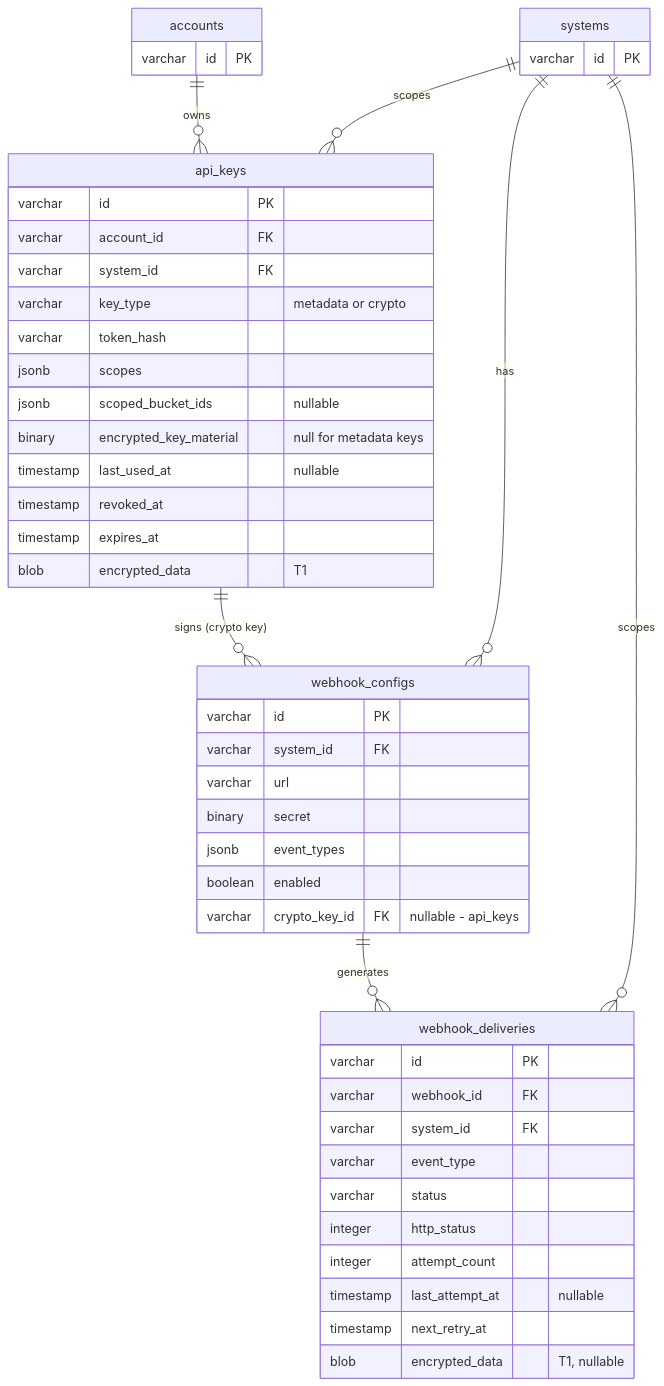
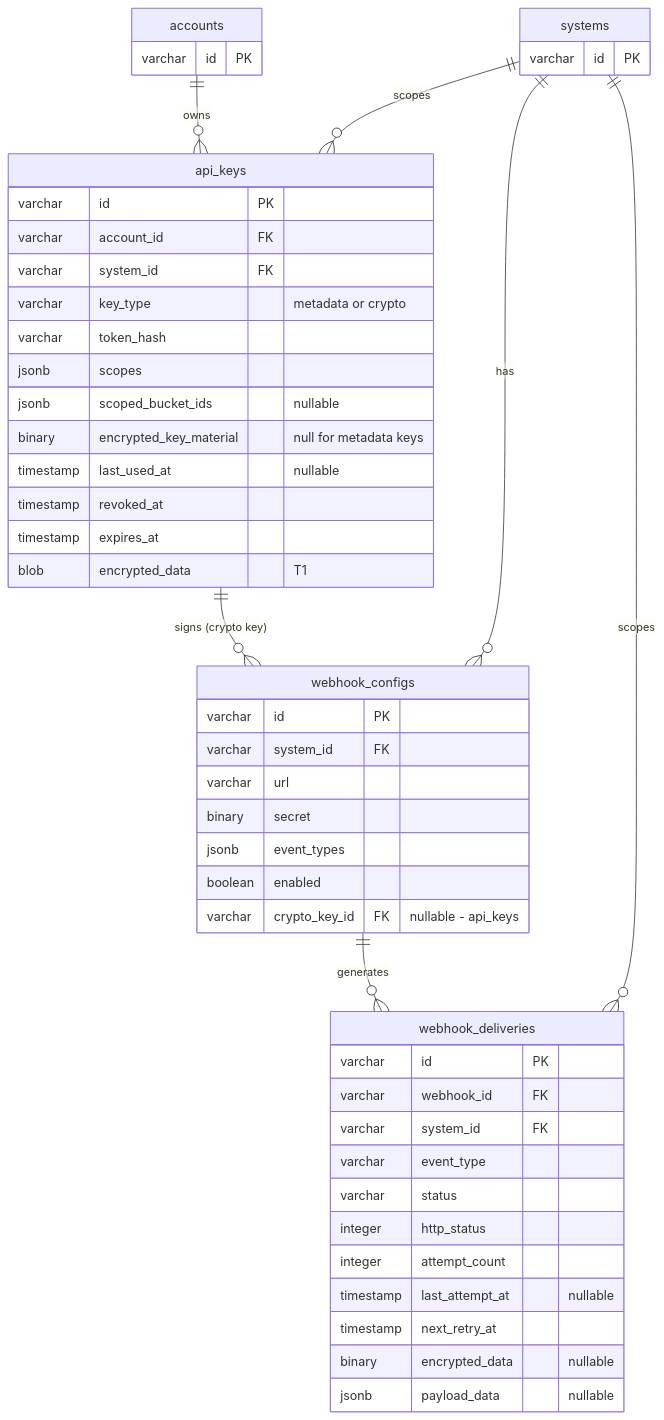
Before and after one commit to ThePrismSystem/pluralscape-mono: diagram 18 of 22 in docs/database-schema.md, drawn with Mermaid. The commit also changed other lines of this file and 25 other files, not shown here.

````diff
--- a/docs/database-schema.md
+++ b/docs/database-schema.md
@@ -980,55 +1012,56 @@
 ```mermaid
 erDiagram
     accounts {
         varchar id PK
     }
 
     systems {
         varchar id PK
     }
 
     api_keys {
         varchar id PK
         varchar account_id FK
         varchar system_id FK
         varchar key_type "metadata or crypto"
         varchar token_hash
         jsonb scopes
         jsonb scoped_bucket_ids "nullable"
         binary encrypted_key_material "null for metadata keys"
         timestamp last_used_at "nullable"
         timestamp revoked_at
         timestamp expires_at
         blob encrypted_data "T1"
     }
 
     webhook_configs {
         varchar id PK
         varchar system_id FK
         varchar url
         binary secret
         jsonb event_types
         boolean enabled
         varchar crypto_key_id FK "nullable - api_keys"
     }
 
     webhook_deliveries {
         varchar id PK
         varchar webhook_id FK
         varchar system_id FK
         varchar event_type
         varchar status
         integer http_status
         integer attempt_count
         timestamp last_attempt_at "nullable"
         timestamp next_retry_at
-        blob encrypted_data "T1, nullable"
+        binary encrypted_data "nullable"
+        jsonb payload_data "nullable"
     }
 
     accounts ||--o{ api_keys : "owns"
     systems ||--o{ api_keys : "scopes"
     systems ||--o{ webhook_configs : "has"
     api_keys ||--o{ webhook_configs : "signs (crypto key)"
     webhook_configs ||--o{ webhook_deliveries : "generates"
     systems ||--o{ webhook_deliveries : "scopes"
 ```
````
